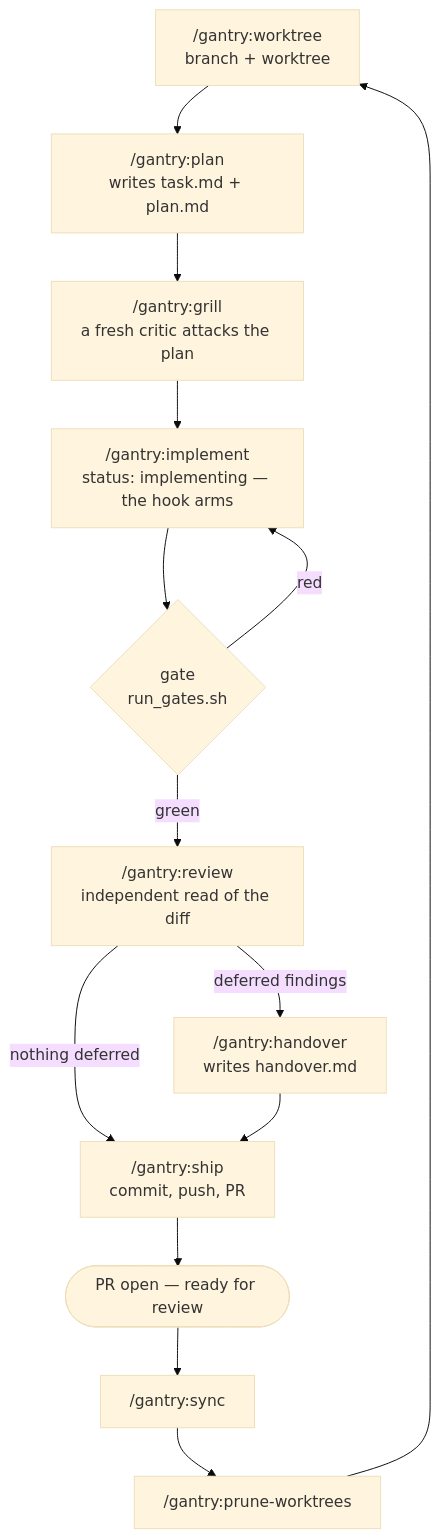
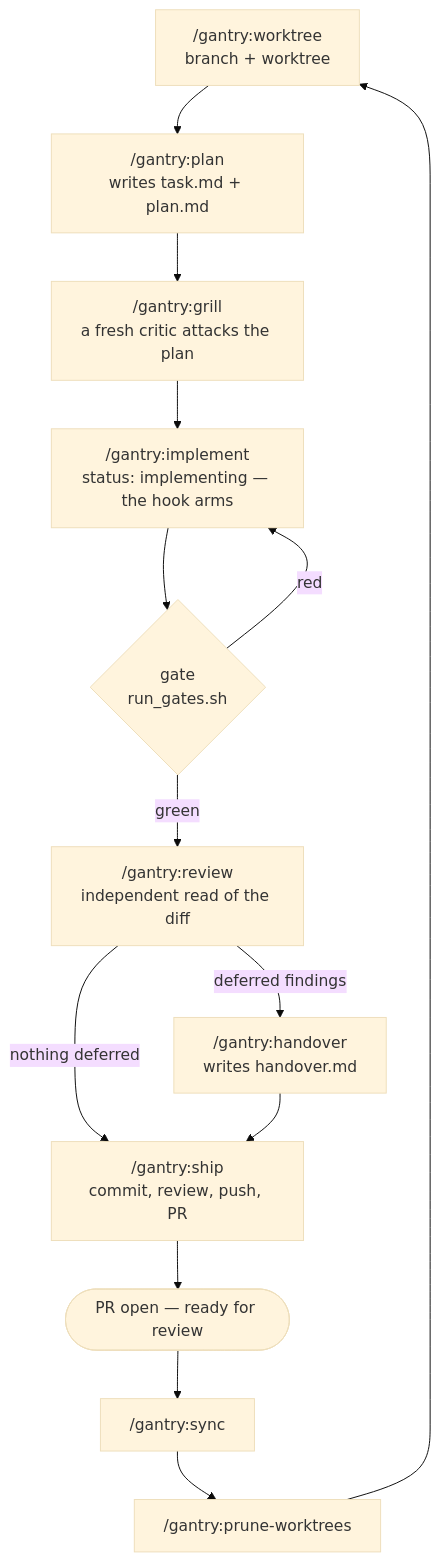
Before and after one commit to kostya-epifanov/claude-gantry: the first of 2 diagrams in README.md, drawn with Mermaid (base theme). The commit also changed other lines of this file and 20 other files, not shown here.

First line of the commit message:
Review inside ship, and stop the chain on an undecided fork

````diff
--- a/README.md
+++ b/README.md
@@ -38,16 +38,16 @@
 ```mermaid
 flowchart TD
   W["/gantry:worktree<br/>branch + worktree"] --> P["/gantry:plan<br/>writes task.md + plan.md"]
   P --> G["/gantry:grill<br/>a fresh critic attacks the plan"]
   G --> I["/gantry:implement<br/>status: implementing — the hook arms"]
   I --> GATE{"gate<br/>run_gates.sh"}
   GATE -- "red" --> I
   GATE -- "green" --> R["/gantry:review<br/>independent read of the diff"]
   R -- "deferred findings" --> H["/gantry:handover<br/>writes handover.md"]
-  R -- "nothing deferred" --> S["/gantry:ship<br/>commit, push, PR"]
+  R -- "nothing deferred" --> S["/gantry:ship<br/>commit, review, push, PR"]
   H --> S
   S --> PR(["PR open — ready for review"])
   PR --> SY["/gantry:sync"]
   SY --> PW["/gantry:prune-worktrees"]
   PW --> W
 ```
````
